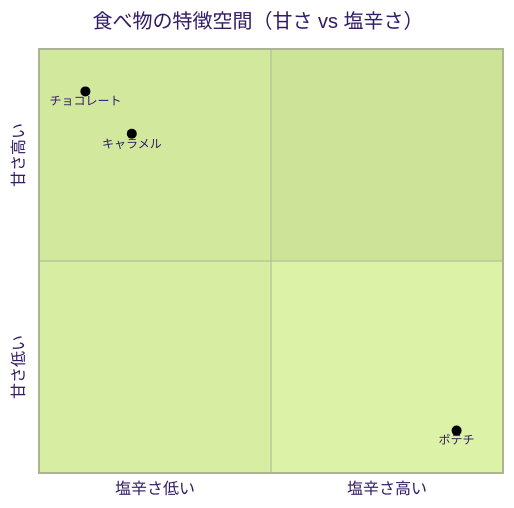
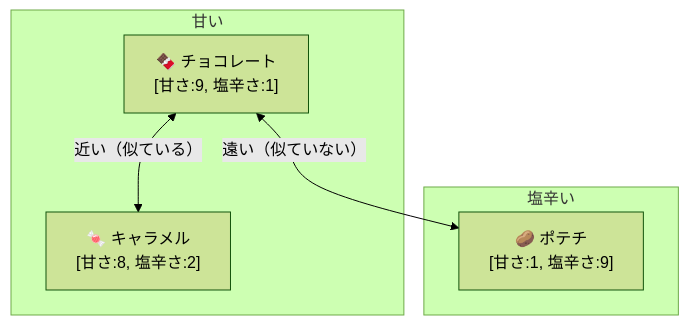
One commit to archforge-labs/llm-notes changed the first of 4 diagrams in articles/01-vector-and-matrix.md. Above: the diagram before and after it, drawn with Mermaid (forest theme). The commit also changed other lines of this file, not shown here.

Commit message:
fix: quadrantChart・xychart-betaをflowchartに置き換え（GitHub非対応のため）

````diff
--- a/articles/01-vector-and-matrix.md
+++ b/articles/01-vector-and-matrix.md
@@ -38,9 +38,12 @@
 ```mermaid
-quadrantChart
-    title 食べ物の特徴空間（甘さ vs 塩辛さ）
-    x-axis 塩辛さ低い --> 塩辛さ高い
-    y-axis 甘さ低い --> 甘さ高い
-    チョコレート: [0.1, 0.9]
-    キャラメル: [0.2, 0.8]
-    ポテチ: [0.9, 0.1]
+flowchart TB
+    subgraph 甘い
+        C["🍫 チョコレート\n[甘さ:9, 塩辛さ:1]"]
+        K["🍬 キャラメル\n[甘さ:8, 塩辛さ:2]"]
+    end
+    subgraph 塩辛い
+        P["🥔 ポテチ\n[甘さ:1, 塩辛さ:9]"]
+    end
+    C <-->|"近い（似ている）"| K
+    C <-->|"遠い（似ていない）"| P
 ```
````
